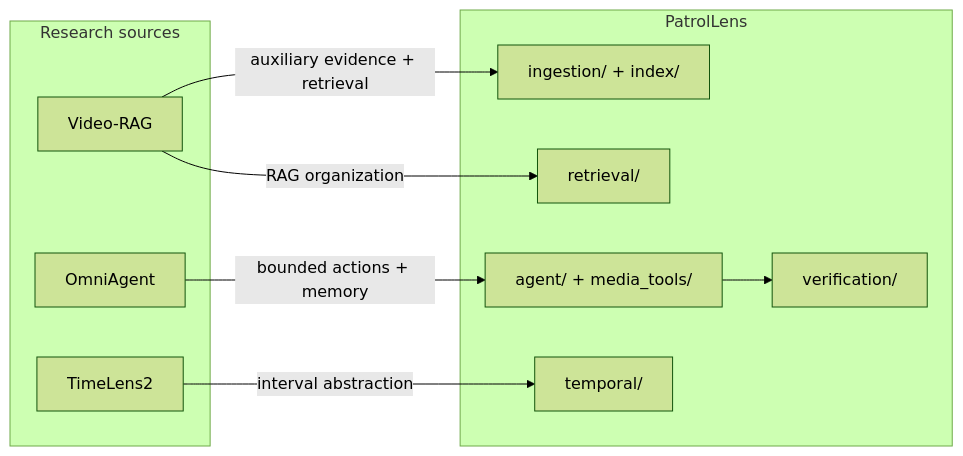
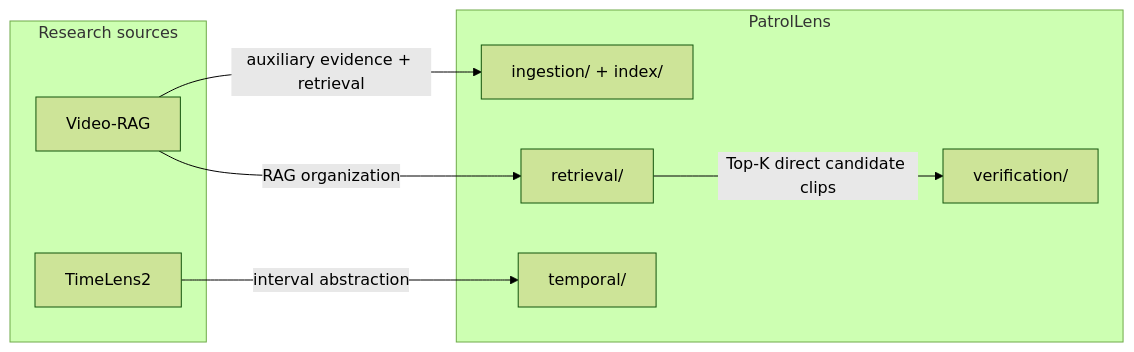
One commit to giaphoang/PatrolLens changed diagram 12 of 12 in SYSTEM_DESIGN.md. Above: the diagram before and after it, drawn with Mermaid (forest theme). The commit also changed other lines of this file and 23 other files, not shown here.

````diff
--- a/SYSTEM_DESIGN.md
+++ b/SYSTEM_DESIGN.md
@@ -423,20 +402,17 @@
 ```mermaid
 flowchart LR
     subgraph RESEARCH["Research sources"]
         VR["Video-RAG"]
-        OA["OmniAgent"]
         TL["TimeLens2"]
     end
     subgraph CODE["PatrolLens"]
         ING["ingestion/ + index/"]
         RET["retrieval/"]
-        AG["agent/ + media_tools/"]
         VER["verification/"]
         TEMP["temporal/"]
     end
     VR -->|"auxiliary evidence + retrieval"| ING
     VR -->|"RAG organization"| RET
-    OA -->|"bounded actions + memory"| AG
     TL -->|"interval abstraction"| TEMP
-    AG --> VER
+    RET -->|"Top-K direct candidate clips"| VER
 ```
````
